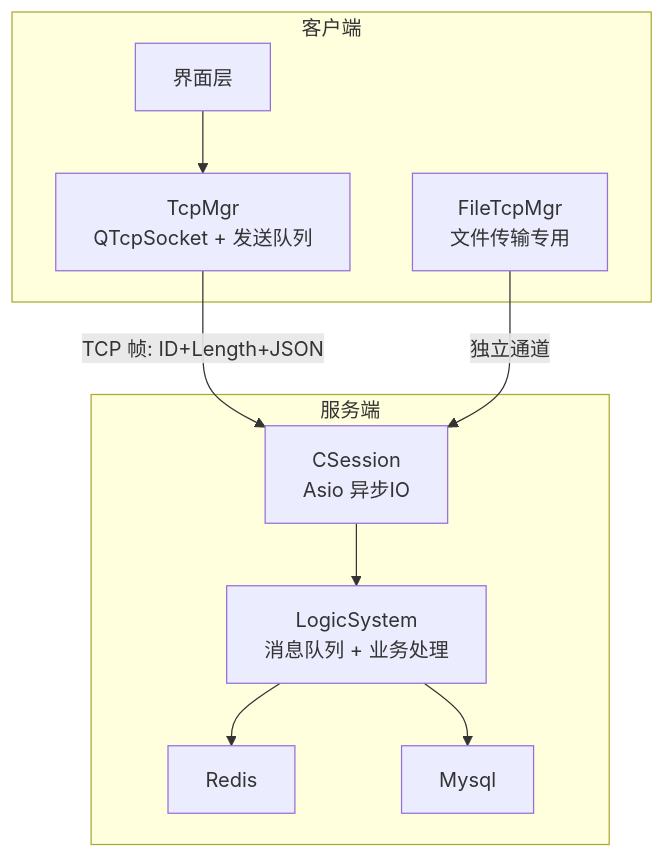
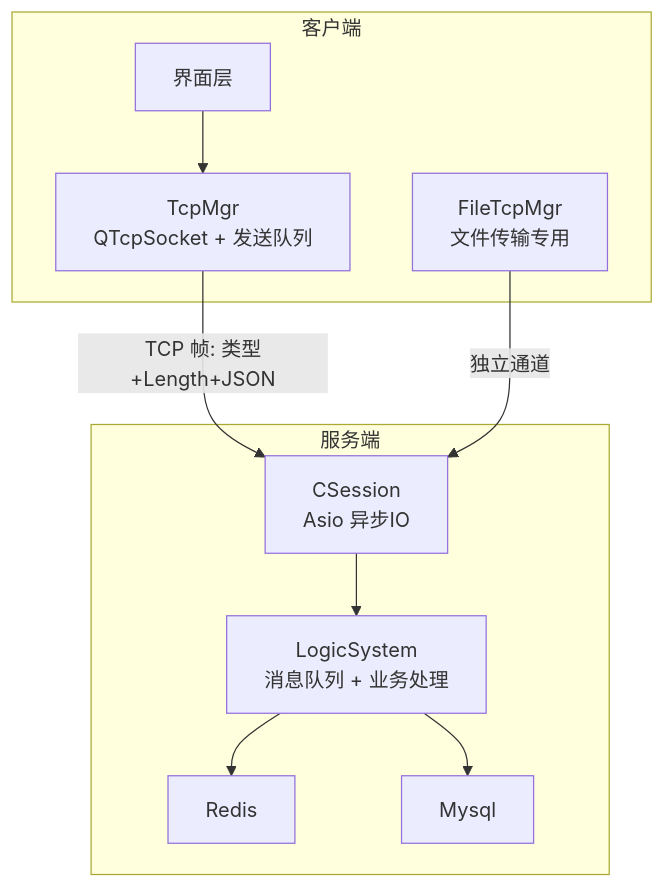
The first of 6 diagrams in .qoder/repowiki/zh/content/核心功能模块/聊天消息系统/实时消息同步.md (echo9923/mychatter), drawn with Mermaid before and after one commit. The commit also changed other lines of this file and 128 other files, not shown here.

````diff
--- a/.qoder/repowiki/zh/content/核心功能模块/聊天消息系统/实时消息同步.md
+++ b/.qoder/repowiki/zh/content/核心功能模块/聊天消息系统/实时消息同步.md
@@ -39,20 +39,20 @@
 ```mermaid
 graph TB
 subgraph "客户端"
 UI["界面层"]
 TcpMgr["TcpMgr<br/>QTcpSocket + 发送队列"]
 FileMgr["FileTcpMgr<br/>文件传输专用"]
 end
 subgraph "服务端"
 CSession["CSession<br/>Asio 异步IO"]
 Logic["LogicSystem<br/>消息队列 + 业务处理"]
 Redis["Redis"]
 Mysql["Mysql"]
 end
 UI --> TcpMgr
-TcpMgr --> |TCP 帧: ID+Length+JSON| CSession
+TcpMgr --> |TCP 帧: 类型+Length+JSON| CSession
 FileMgr --> |独立通道| CSession
 CSession --> Logic
 Logic --> Redis
 Logic --> Mysql
 ```
````
